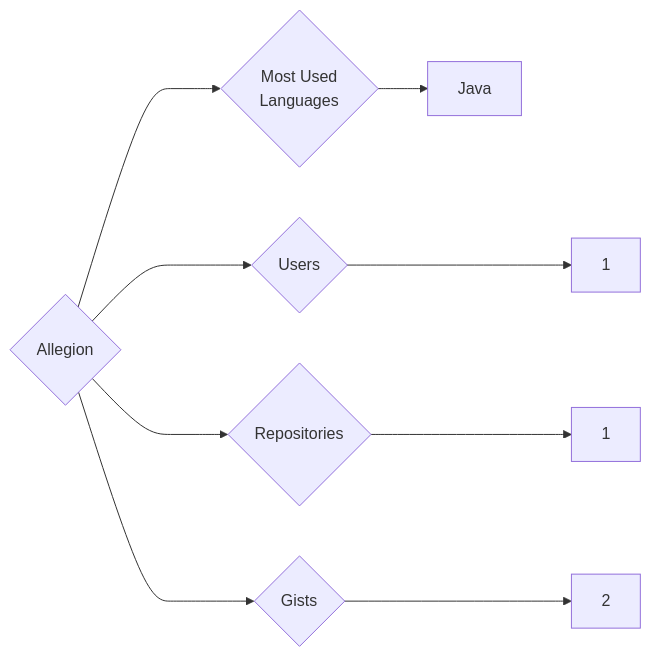
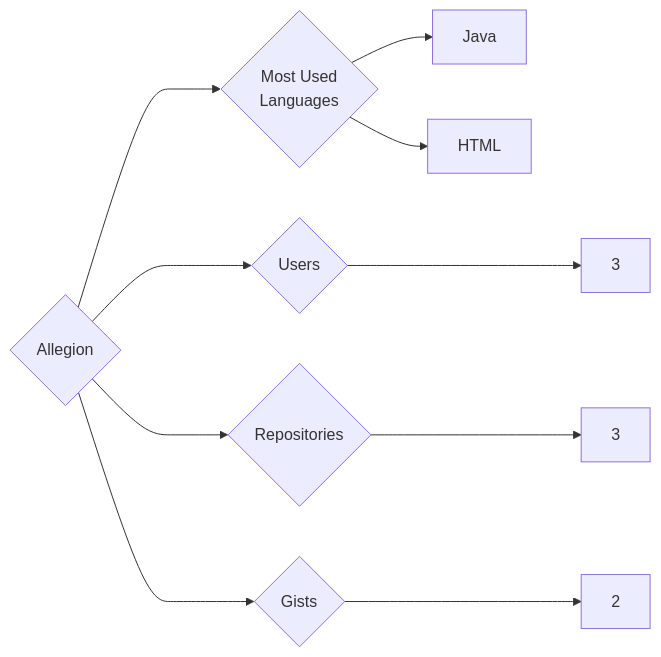
Before and after one commit to trickest/insiders: the diagram in targets/Allegion/README.md, drawn with Mermaid. The commit also changed 912 other files, not shown here.

````diff
--- a/targets/Allegion/README.md
+++ b/targets/Allegion/README.md
@@ -3,9 +3,10 @@
 ```mermaid
 graph LR
 COMPANY_NAME{Allegion}
-COMPANY_NAME ---> U{Users} ---> UN[1]
-COMPANY_NAME ---> R{Repositories} ---> RN[1]
+COMPANY_NAME ---> U{Users} ---> UN[3]
+COMPANY_NAME ---> R{Repositories} ---> RN[3]
 COMPANY_NAME ---> G{Gists} ---> GN[2]
 COMPANY_NAME ---> ML{Most Used<br>Languages}
 ML --> Java[Java]
+ML --> HTML[HTML]
 ```
````
